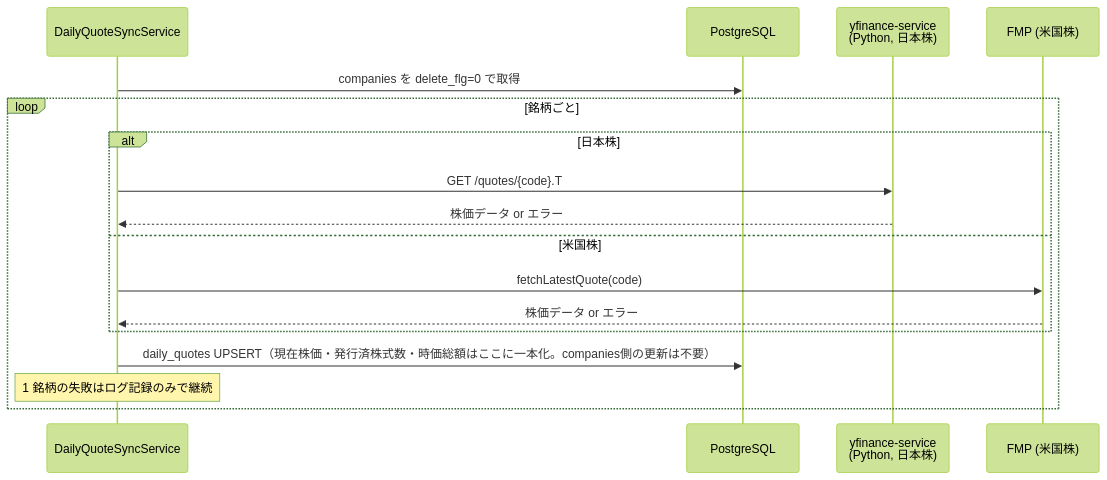
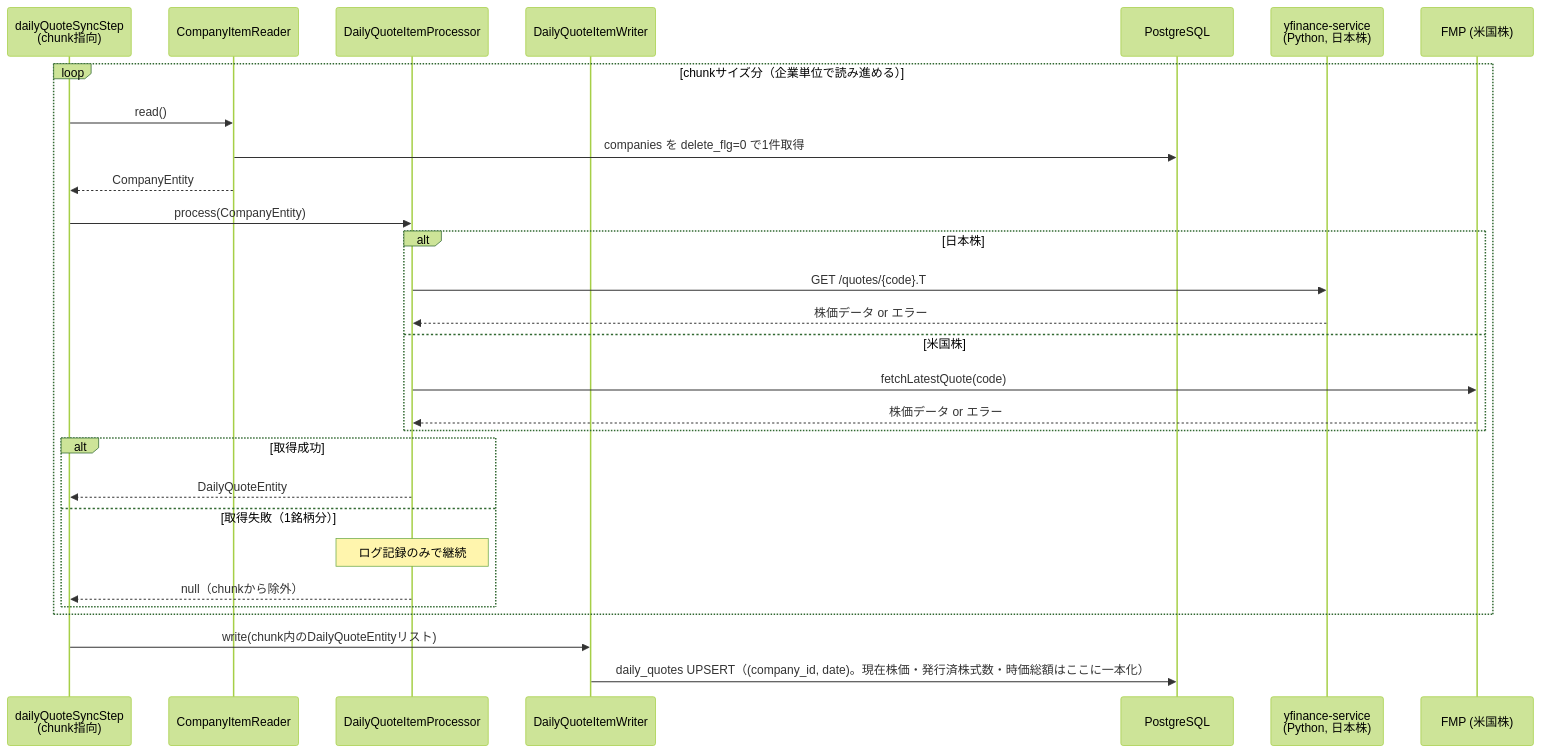
The second of 4 diagrams in docs/batch-market-data-sync-design.md (gitogitosnack/TheFairValueC2), drawn with Mermaid (forest theme) before and after one commit. The commit also changed other lines of this file, not shown here.

````diff
--- a/docs/batch-market-data-sync-design.md
+++ b/docs/batch-market-data-sync-design.md
@@ -369,20 +421,32 @@
 ```mermaid
 sequenceDiagram
-    participant DQS as DailyQuoteSyncService
+    participant Step as dailyQuoteSyncStep<br/>(chunk指向)
+    participant Reader as CompanyItemReader
+    participant Processor as DailyQuoteItemProcessor
+    participant Writer as DailyQuoteItemWriter
     participant DB as PostgreSQL
     participant Yfin as yfinance-service<br/>(Python, 日本株)
     participant FMP as FMP (米国株)
 
-    DQS->>DB: companies を delete_flg=0 で取得
-    loop 銘柄ごと
+    loop chunkサイズ分（企業単位で読み進める）
+        Step->>Reader: read()
+        Reader->>DB: companies を delete_flg=0 で1件取得
+        Reader-->>Step: CompanyEntity
+        Step->>Processor: process(CompanyEntity)
         alt 日本株
-            DQS->>Yfin: GET /quotes/{code}.T
-            Yfin-->>DQS: 株価データ or エラー
+            Processor->>Yfin: GET /quotes/{code}.T
+            Yfin-->>Processor: 株価データ or エラー
         else 米国株
-            DQS->>FMP: fetchLatestQuote(code)
-            FMP-->>DQS: 株価データ or エラー
+            Processor->>FMP: fetchLatestQuote(code)
+            FMP-->>Processor: 株価データ or エラー
         end
-        DQS->>DB: daily_quotes UPSERT（現在株価・発行済株式数・時価総額はここに一本化。companies側の更新は不要）
-        Note over DQS: 1 銘柄の失敗はログ記録のみで継続
+        alt 取得成功
+            Processor-->>Step: DailyQuoteEntity
+        else 取得失敗（1銘柄分）
+            Note over Processor: ログ記録のみで継続
+            Processor-->>Step: null（chunkから除外）
+        end
     end
+    Step->>Writer: write(chunk内のDailyQuoteEntityリスト)
+    Writer->>DB: daily_quotes UPSERT（(company_id, date)。現在株価・発行済株式数・時価総額はここに一本化）
 ```
````
